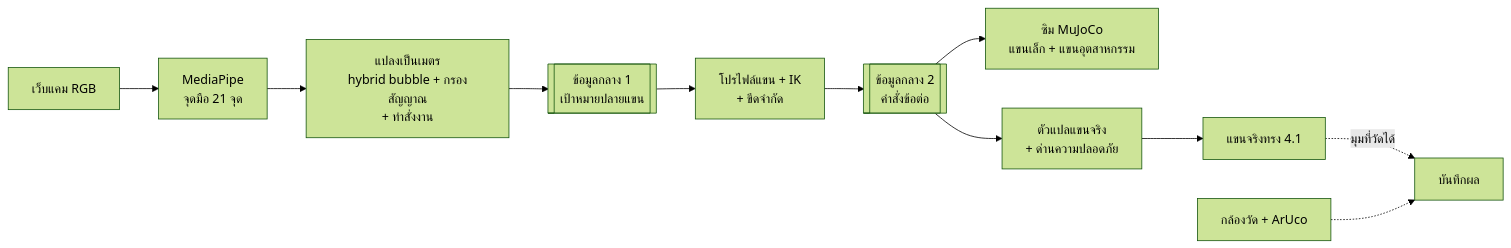
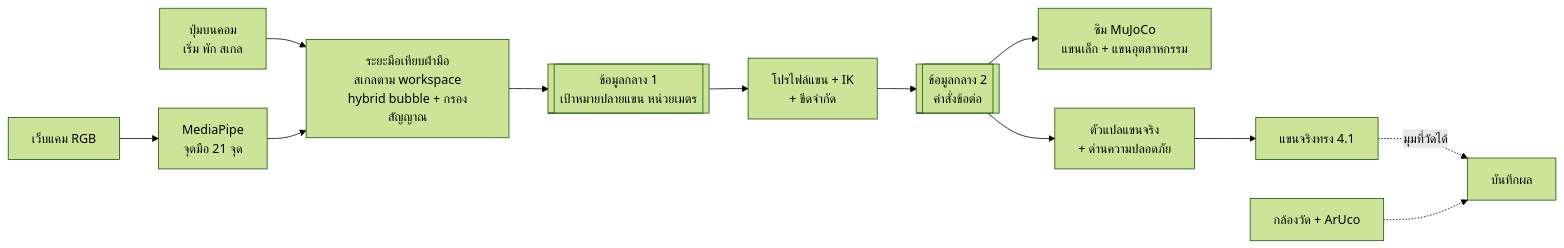
One commit to Bakani30/camera-arm-control changed the first of 2 diagrams in docs/research/04-ADVISOR-SUMMARY.md. Above: the diagram before and after it, drawn with Mermaid (forest theme). The commit also changed other lines of this file and 3 other files, not shown here.

````diff
--- a/docs/research/04-ADVISOR-SUMMARY.md
+++ b/docs/research/04-ADVISOR-SUMMARY.md
@@ -68,13 +59,14 @@
 ```mermaid
 flowchart LR
   CAM[เว็บแคม RGB] --> MP[MediaPipe<br/>จุดมือ 21 จุด]
-  MP --> MAP[แปลงเป็นเมตร<br/>hybrid bubble + กรองสัญญาณ<br/>+ ท่าสั่งงาน]
-  MAP --> T1[[ข้อมูลกลาง 1<br/>เป้าหมายปลายแขน]]
+  KEY[ปุ่มบนคอม<br/>เริ่ม พัก สเกล] --> MAP
+  MP --> MAP[ระยะมือเทียบฝ่ามือ<br/>สเกลตาม workspace<br/>hybrid bubble + กรองสัญญาณ]
+  MAP --> T1[[ข้อมูลกลาง 1<br/>เป้าหมายปลายแขน หน่วยเมตร]]
   T1 --> IK[โปรไฟล์แขน + IK<br/>+ ขีดจำกัด]
   IK --> T2[[ข้อมูลกลาง 2<br/>คำสั่งข้อต่อ]]
   T2 --> SIM[ซิม MuJoCo<br/>แขนเล็ก + แขนอุตสาหกรรม]
   T2 --> DRV[ตัวแปลแขนจริง<br/>+ ด่านความปลอดภัย]
   DRV --> ARM[แขนจริงทรง 4.1]
   ARM -. มุมที่วัดได้ .-> LOG[บันทึกผล]
   ARU[กล้องวัด + ArUco] -.-> LOG
 ```
````
